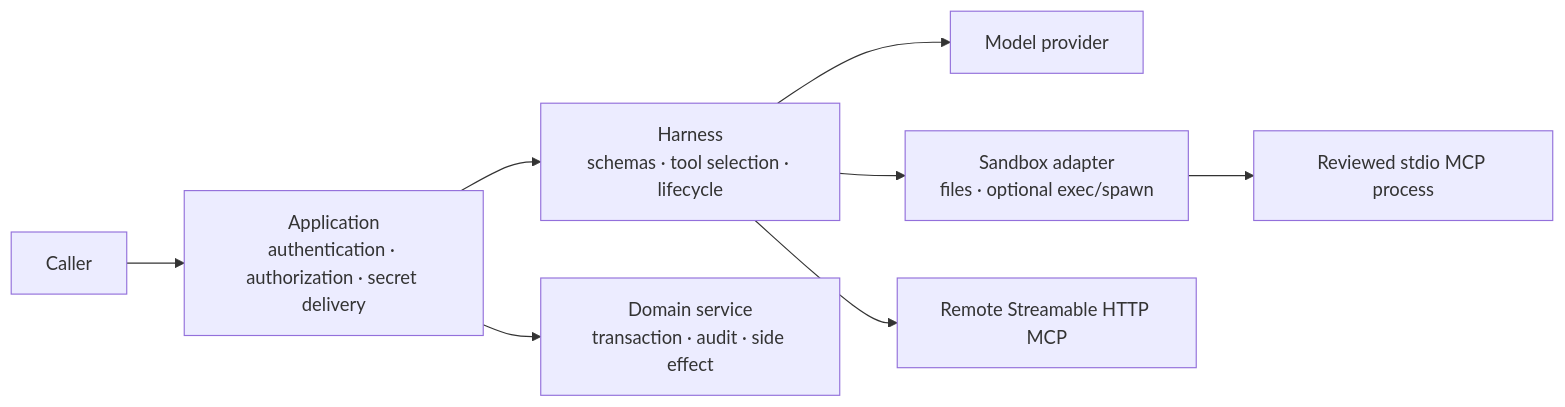
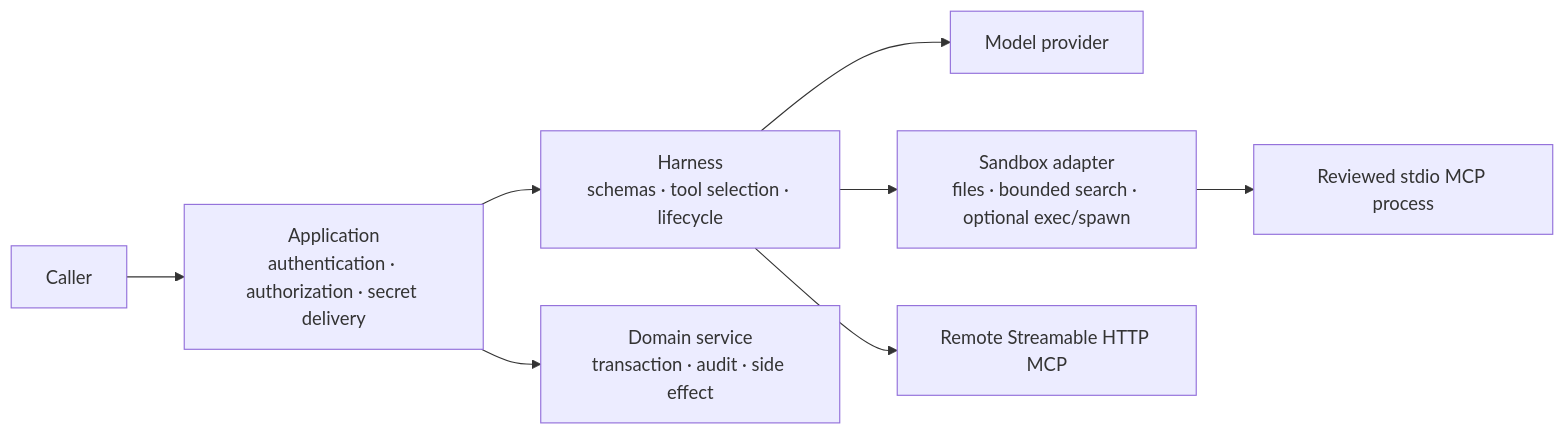
The diagram in web/src/content/handbook-cards/harness/sandboxing-and-mcp.mdx (puristajs/purista), drawn with Mermaid before and after one commit. The commit also changed other lines of this file and 296 other files, not shown here.

````diff
--- a/web/src/content/handbook-cards/harness/sandboxing-and-mcp.mdx
+++ b/web/src/content/handbook-cards/harness/sandboxing-and-mcp.mdx
@@ -14,10 +14,10 @@
 ```mermaid
 flowchart LR
   Caller[Caller] --> App[Application\nauthentication · authorization · secret delivery]
   App --> Harness[Harness\nschemas · tool selection · lifecycle]
   Harness --> Model[Model provider]
-  Harness --> Sandbox[Sandbox adapter\nfiles · optional exec/spawn]
+  Harness --> Sandbox[Sandbox adapter\nfiles · bounded search · optional exec/spawn]
   Sandbox --> Stdio[Reviewed stdio MCP process]
   Harness --> Http[Remote Streamable HTTP MCP]
   App --> Domain[Domain service\ntransaction · audit · side effect]
 ```
````
